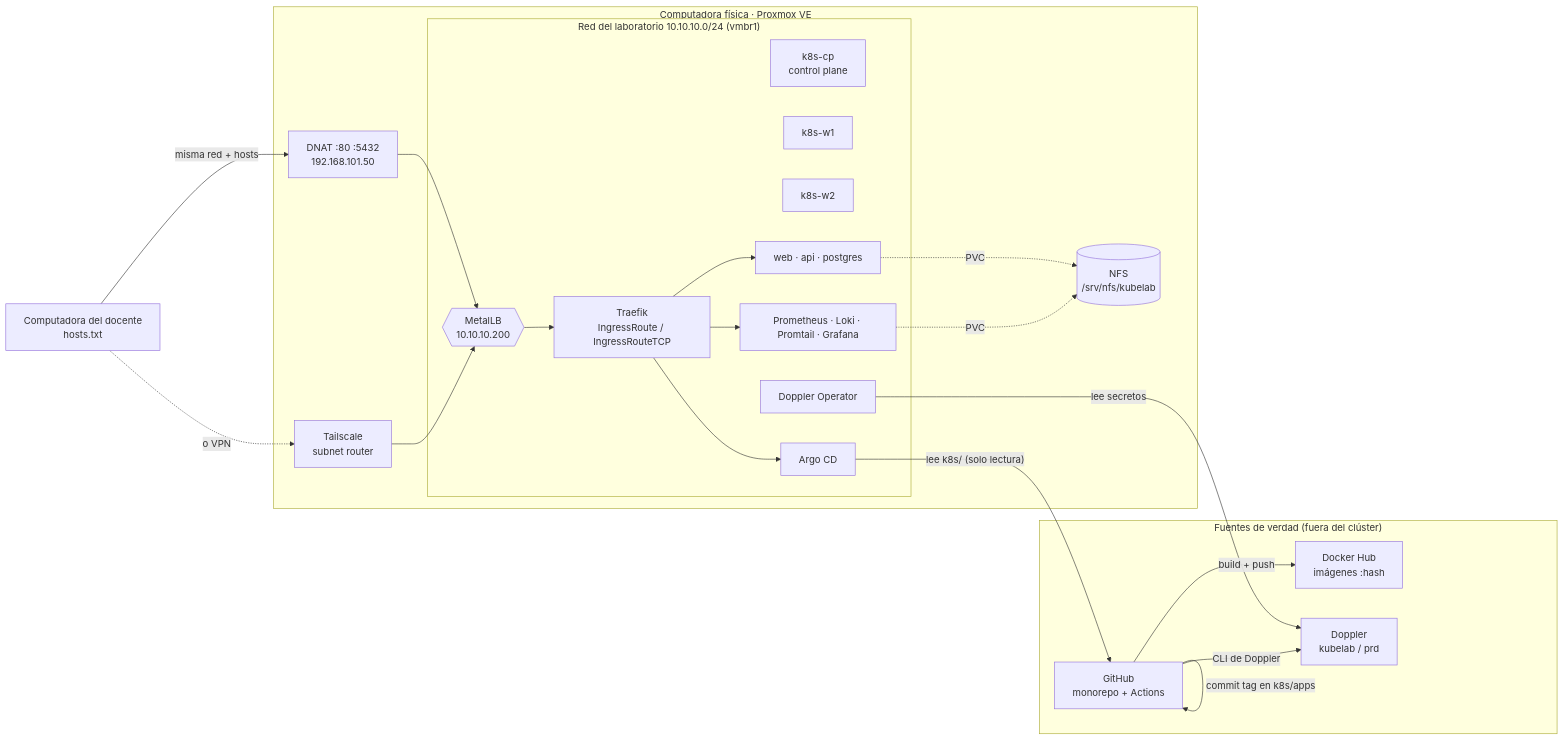
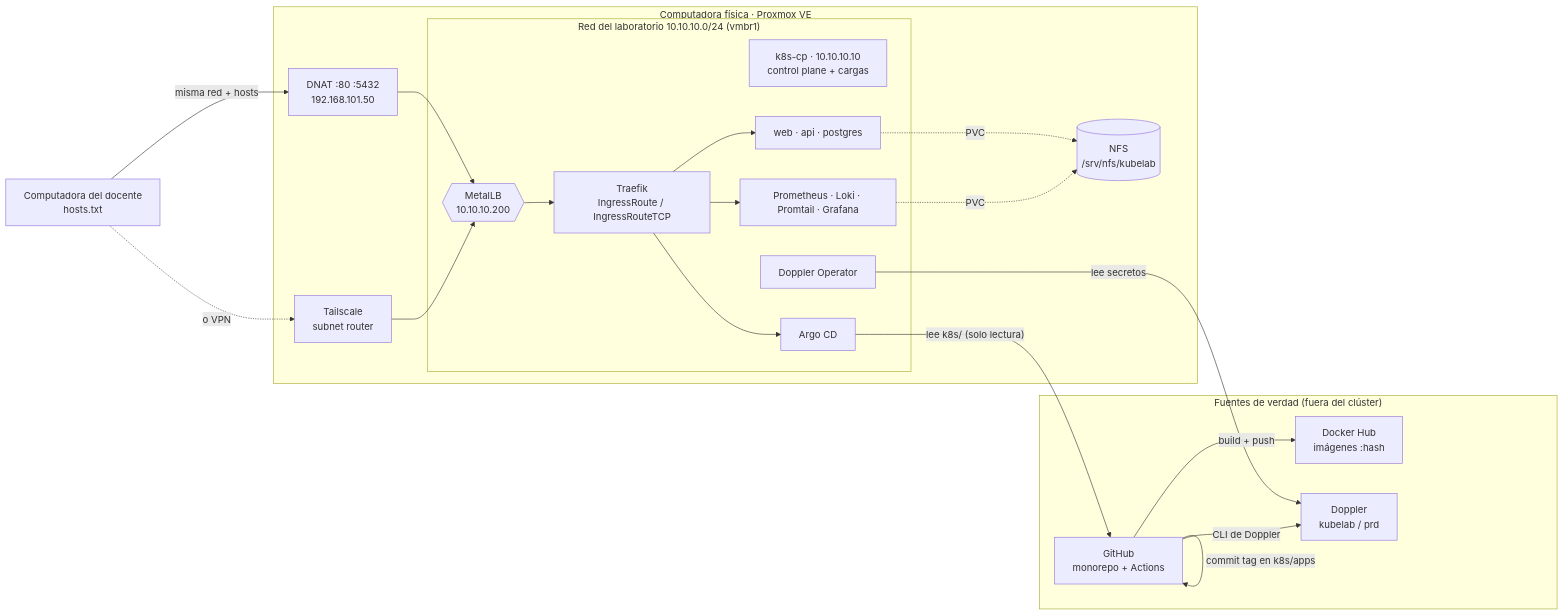
One commit to AnderNoleon/kubelab changed the diagram in docs/arquitectura.md. Above: the diagram before and after it, drawn with Mermaid. The commit also changed 38 other files, not shown here.

````diff
--- a/docs/arquitectura.md
+++ b/docs/arquitectura.md
@@ -3,40 +3,38 @@
 ```mermaid
 flowchart LR
   subgraph Fuera["Fuentes de verdad (fuera del clúster)"]
     GH["GitHub<br/>monorepo + Actions"]
     DH["Docker Hub<br/>imágenes :hash"]
     DP["Doppler<br/>kubelab / prd"]
   end
 
   DOC["Computadora del docente<br/>hosts.txt"]
 
   subgraph PVE["Computadora física · Proxmox VE"]
     NFS[("NFS<br/>/srv/nfs/kubelab")]
     TS["Tailscale<br/>subnet router"]
     DNAT["DNAT :80 :5432<br/>192.168.101.50"]
     subgraph RED["Red del laboratorio 10.10.10.0/24 (vmbr1)"]
-      CP["k8s-cp<br/>control plane"]
-      W1["k8s-w1"]
-      W2["k8s-w2"]
+      CP["k8s-cp · 10.10.10.10<br/>control plane + cargas"]
       LB{{"MetalLB<br/>10.10.10.200"}}
       TR["Traefik<br/>IngressRoute / IngressRouteTCP"]
       APPS["web · api · postgres"]
       OBS["Prometheus · Loki · Promtail · Grafana"]
       ARGO["Argo CD"]
       DOPOP["Doppler Operator"]
     end
   end
 
   GH -- "build + push" --> DH
   GH -- "commit tag en k8s/apps" --> GH
   ARGO -- "lee k8s/ (solo lectura)" --> GH
   DOPOP -- "lee secretos" --> DP
   GH -- "CLI de Doppler" --> DP
   DOC -- "misma red + hosts" --> DNAT --> LB --> TR
   DOC -. "o VPN" .-> TS --> LB
   TR --> APPS
   TR --> OBS
   TR --> ARGO
   APPS -. "PVC" .-> NFS
   OBS -. "PVC" .-> NFS
 ```
````
